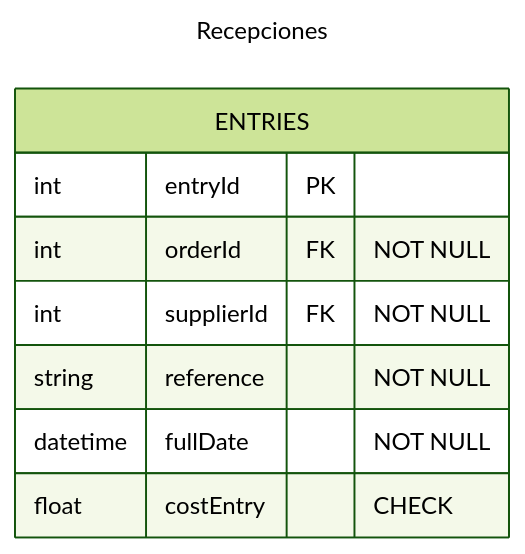
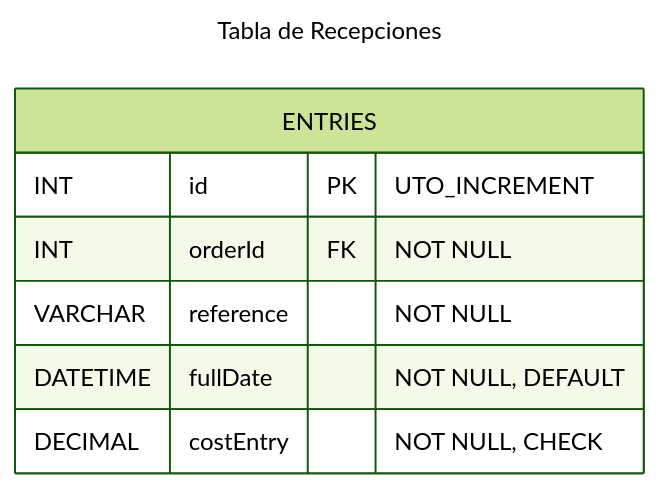
One commit to rosendocamal/homeworks changed diagram 21 of 30 in 4to-Cuatrimestre/fundamentos-base-datos/proyecto/proyecto.md. Above: the diagram before and after it, drawn with Mermaid (forest theme). The commit also changed other lines of this file and 1 other file, not shown here.

````diff
--- a/4to-Cuatrimestre/fundamentos-base-datos/proyecto/proyecto.md
+++ b/4to-Cuatrimestre/fundamentos-base-datos/proyecto/proyecto.md
@@ -432,14 +433,13 @@
 ```mermaid
 ---
-title: Recepciones
+title: Tabla de Recepciones
 ---
 erDiagram
 	ENTRIES {
-		int entryId PK
-		int orderId FK "NOT NULL"
-		int supplierId FK "NOT NULL"
-		string reference "NOT NULL"
-		datetime fullDate "NOT NULL"
-		float costEntry "CHECK"
+		INT id PK "UTO_INCREMENT"
+		INT orderId FK "NOT NULL"
+		VARCHAR reference "NOT NULL"
+		DATETIME fullDate "NOT NULL, DEFAULT"
+		DECIMAL costEntry "NOT NULL, CHECK"
 	}
 ```
````
